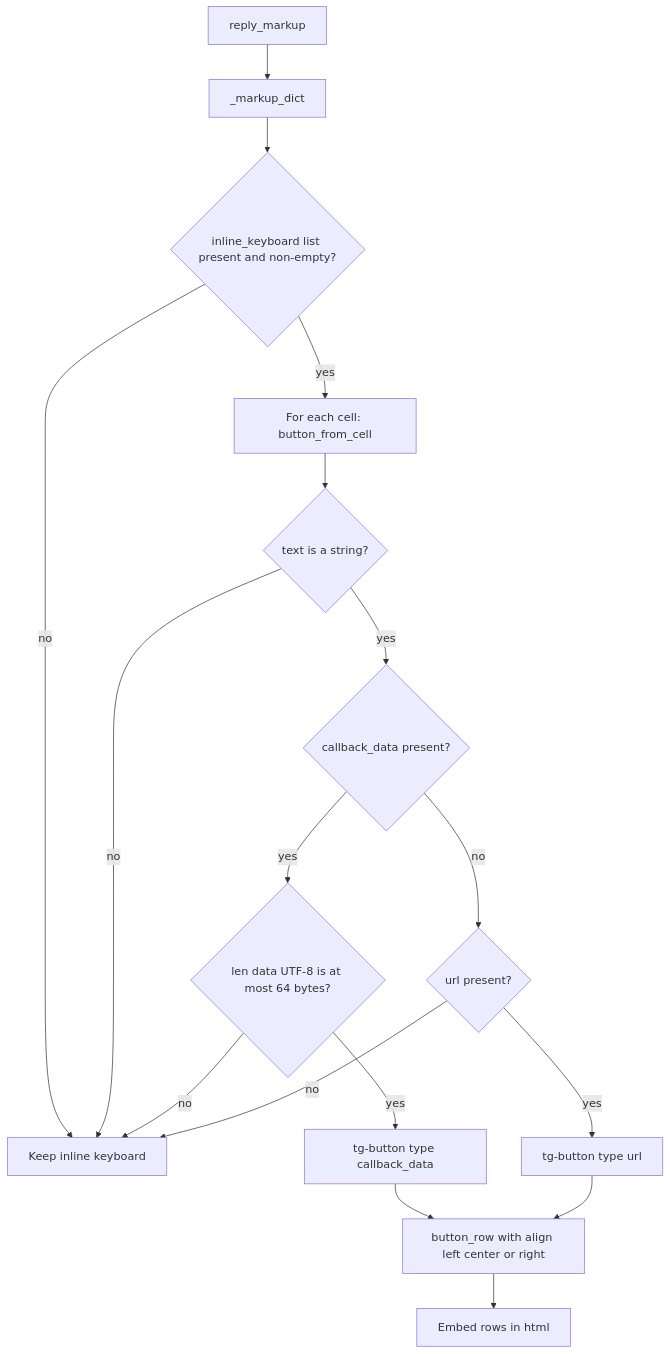
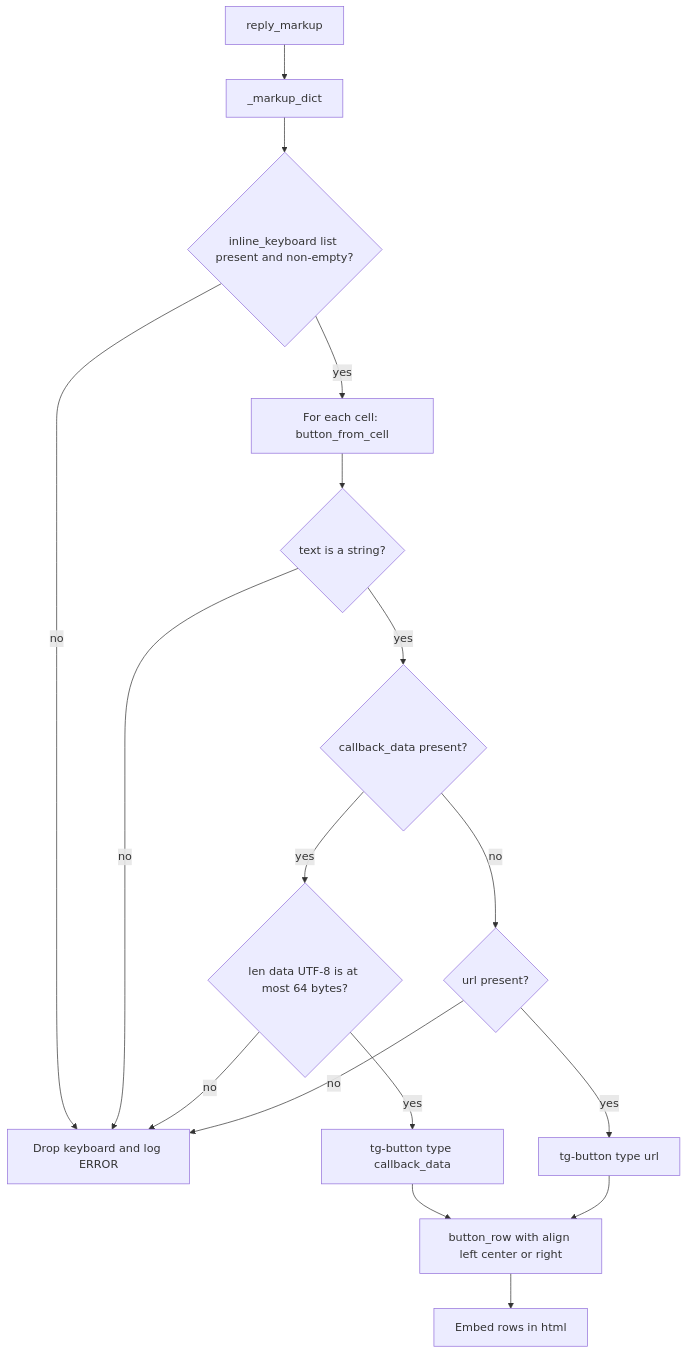
Before and after one commit to D1ZZY4/tcbot: the third of 3 diagrams in docs/flows/transport.md, drawn with Mermaid. The commit also changed other lines of this file and 9 other files, not shown here.

First line of the commit message:
docs: sync guides with schema head, rules removal, and transport

````diff
--- a/docs/flows/transport.md
+++ b/docs/flows/transport.md
@@ -120,19 +118,19 @@
 ```mermaid
 flowchart TD
     MARKUP[reply_markup] --> DICT[_markup_dict]
     DICT --> CELLS{inline_keyboard list present and non-empty?}
-    CELLS -->|no| INLINE[Keep inline keyboard]
+    CELLS -->|no| DROP[Drop keyboard and log ERROR]
     CELLS -->|yes| EACH[For each cell: button_from_cell]
     EACH --> TEXT{text is a string?}
-    TEXT -->|no| INLINE
+    TEXT -->|no| DROP
     TEXT -->|yes| DATA{callback_data present?}
     DATA -->|yes| SIZE{len data UTF-8 is at most 64 bytes?}
-    SIZE -->|no| INLINE
+    SIZE -->|no| DROP
     SIZE -->|yes| RICH[tg-button type callback_data]
     DATA -->|no| URL{url present?}
     URL -->|yes| RICHURL[tg-button type url]
-    URL -->|no| INLINE
+    URL -->|no| DROP
     RICH --> ROW[button_row with align left center or right]
     RICHURL --> ROW
     ROW --> HTML[Embed rows in html]
 ```
````
